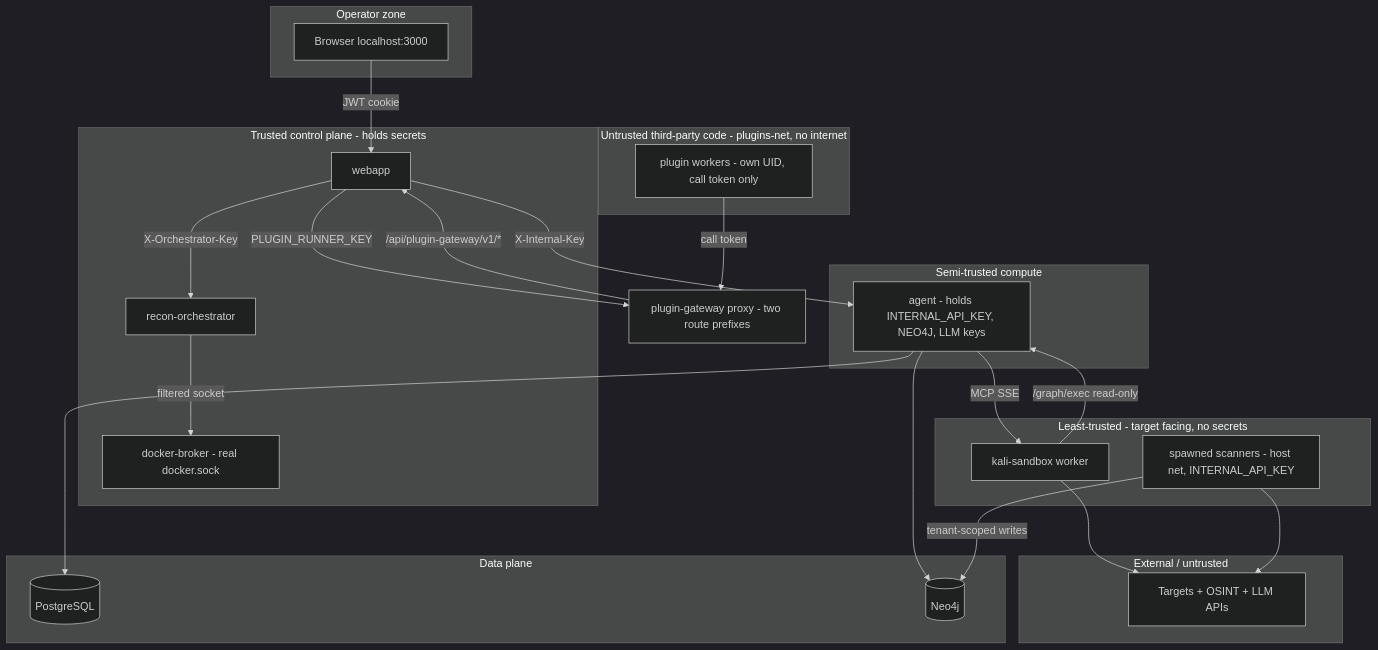
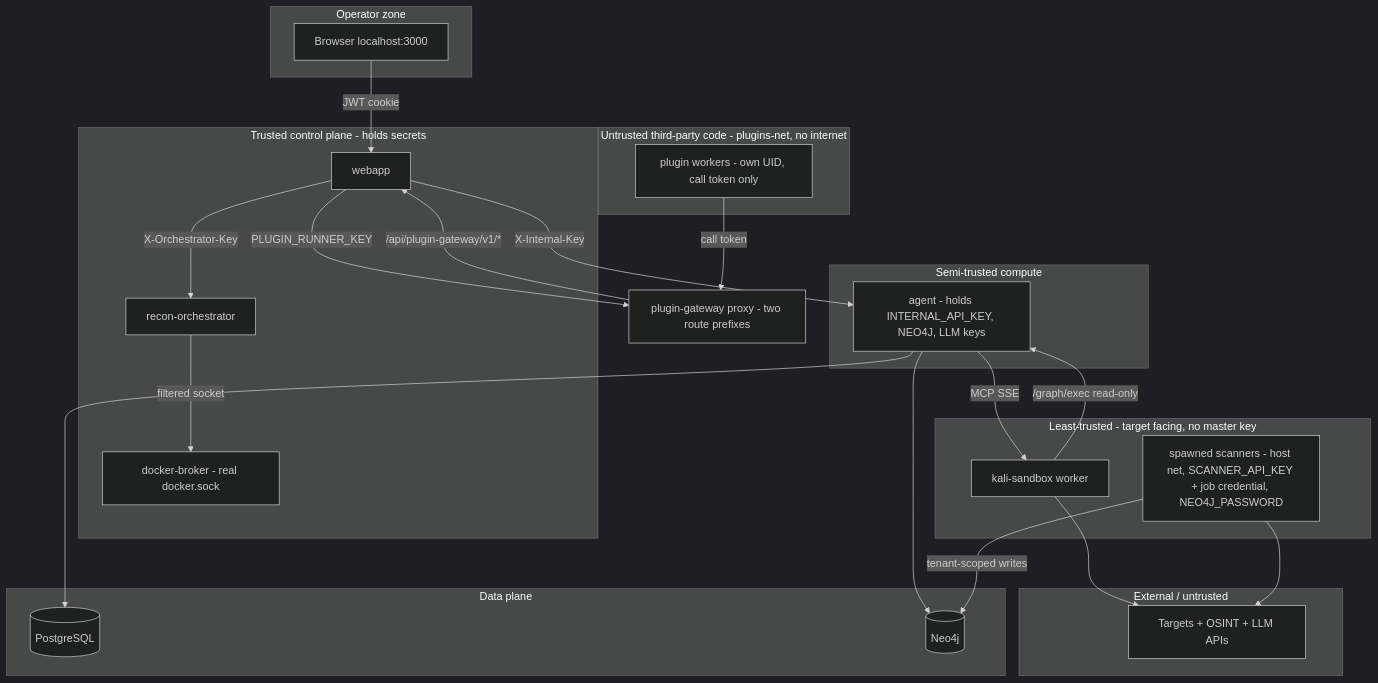
Before and after one commit to samugit83/redamon: the fourth of 4 diagrams in docs/readmes/README.TM.SYSTEM_OVERVIEW.md, drawn with Mermaid (dark theme). The commit also changed other lines of this file and 4 other files, not shown here.

````diff
--- a/docs/readmes/README.TM.SYSTEM_OVERVIEW.md
+++ b/docs/readmes/README.TM.SYSTEM_OVERVIEW.md
@@ -534,44 +534,44 @@
 ```mermaid
 graph TB
     subgraph TB0 [Operator zone]
         BROWSER[Browser localhost:3000]
     end
     subgraph TB1 [Trusted control plane - holds secrets]
         WEB[webapp]
         ORCH[recon-orchestrator]
         BROKER[docker-broker - real docker.sock]
     end
     subgraph TB2 [Data plane]
         PG[(PostgreSQL)]
         NEO[(Neo4j)]
     end
     subgraph TB3 [Semi-trusted compute]
         AGENT[agent - holds INTERNAL_API_KEY, NEO4J, LLM keys]
     end
-    subgraph TB4 [Least-trusted - target facing, no secrets]
+    subgraph TB4 [Least-trusted - target facing, no master key]
         KALI[kali-sandbox worker]
-        SCAN[spawned scanners - host net, INTERNAL_API_KEY]
+        SCAN[spawned scanners - host net, SCANNER_API_KEY + job credential, NEO4J_PASSWORD]
     end
     subgraph TB5 [External / untrusted]
         TGT[Targets + OSINT + LLM APIs]
     end
     subgraph TB6 [Untrusted third-party code - plugins-net, no internet]
         PW[plugin workers - own UID, call token only]
     end
     PGW[plugin-gateway proxy - two route prefixes]
 
     BROWSER -->|JWT cookie| WEB
     PW -->|call token| PGW
     PGW -->|/api/plugin-gateway/v1/*| WEB
     WEB -->|PLUGIN_RUNNER_KEY| PGW
     WEB -->|X-Orchestrator-Key| ORCH
     WEB -->|X-Internal-Key| AGENT
     AGENT -->|MCP SSE| KALI
     KALI -->|/graph/exec read-only| AGENT
     ORCH -->|filtered socket| BROKER
     AGENT --> NEO
     AGENT --> PG
     KALI --> TGT
     SCAN --> TGT
     SCAN -->|tenant-scoped writes| NEO
 ```
````
